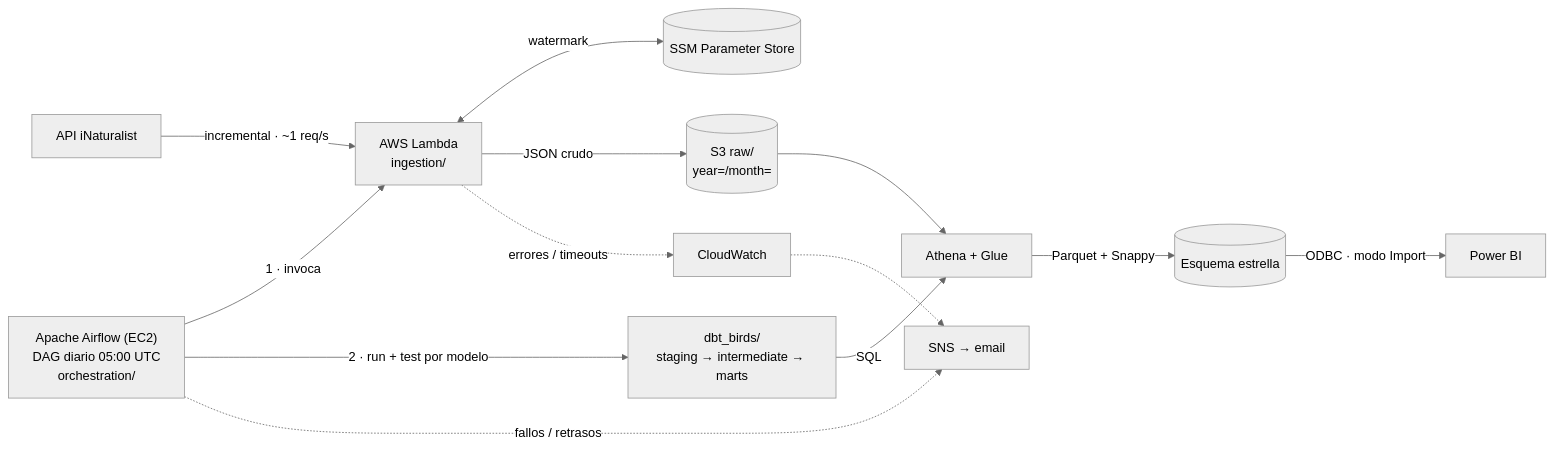
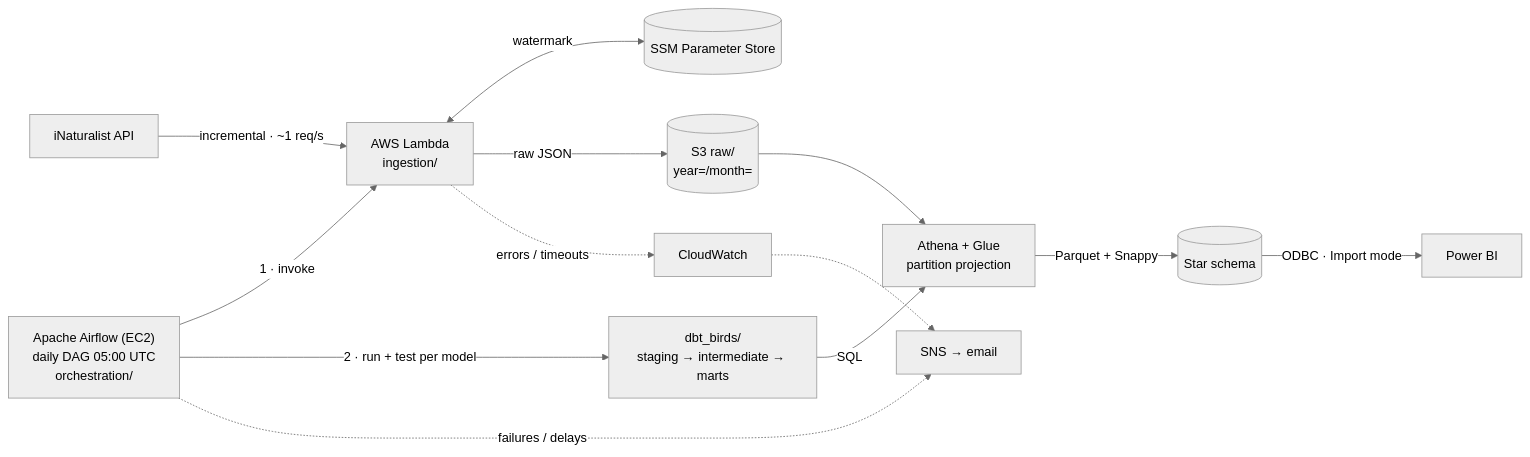
The diagram in README.md (javiladino/oiseaux_nantes), drawn with Mermaid (neutral theme) before and after one commit. The commit also changed other lines of this file and 2 other files, not shown here.

````diff
--- a/README.md
+++ b/README.md
@@ -22,14 +34,14 @@
 ```mermaid
 flowchart LR
-    INAT["API iNaturalist"] -->|"incremental · ~1 req/s"| LAMBDA["AWS Lambda<br/>ingestion/"]
-    AF["Apache Airflow (EC2)<br/>DAG diario 05:00 UTC<br/>orchestration/"] -->|"1 · invoca"| LAMBDA
-    AF -->|"2 · run + test por modelo"| DBT
+    INAT["iNaturalist API"] -->|"incremental · ~1 req/s"| LAMBDA["AWS Lambda<br/>ingestion/"]
+    AF["Apache Airflow (EC2)<br/>daily DAG 05:00 UTC<br/>orchestration/"] -->|"1 · invoke"| LAMBDA
+    AF -->|"2 · run + test per model"| DBT
     LAMBDA <-->|"watermark"| SSM[("SSM Parameter Store")]
-    LAMBDA -->|"JSON crudo"| RAW[("S3 raw/<br/>year=/month=")]
-    RAW --> ATHENA["Athena + Glue"]
+    LAMBDA -->|"raw JSON"| RAW[("S3 raw/<br/>year=/month=")]
+    RAW --> ATHENA["Athena + Glue<br/>partition projection"]
     DBT["dbt_birds/<br/>staging → intermediate → marts"] -->|"SQL"| ATHENA
-    ATHENA -->|"Parquet + Snappy"| MARTS[("Esquema estrella")]
-    MARTS -->|"ODBC · modo Import"| PBI["Power BI"]
-    AF -.->|"fallos / retrasos"| SNS["SNS → email"]
-    LAMBDA -.->|"errores / timeouts"| CW["CloudWatch"] -.-> SNS
+    ATHENA -->|"Parquet + Snappy"| MARTS[("Star schema")]
+    MARTS -->|"ODBC · Import mode"| PBI["Power BI"]
+    AF -.->|"failures / delays"| SNS["SNS → email"]
+    LAMBDA -.->|"errors / timeouts"| CW["CloudWatch"] -.-> SNS
 ```
````
